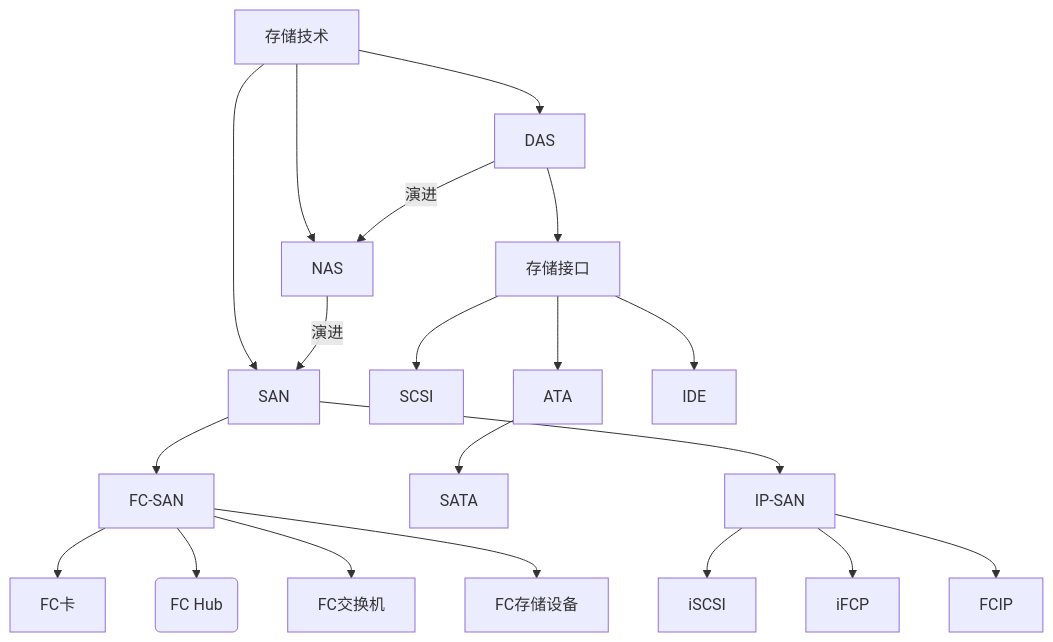
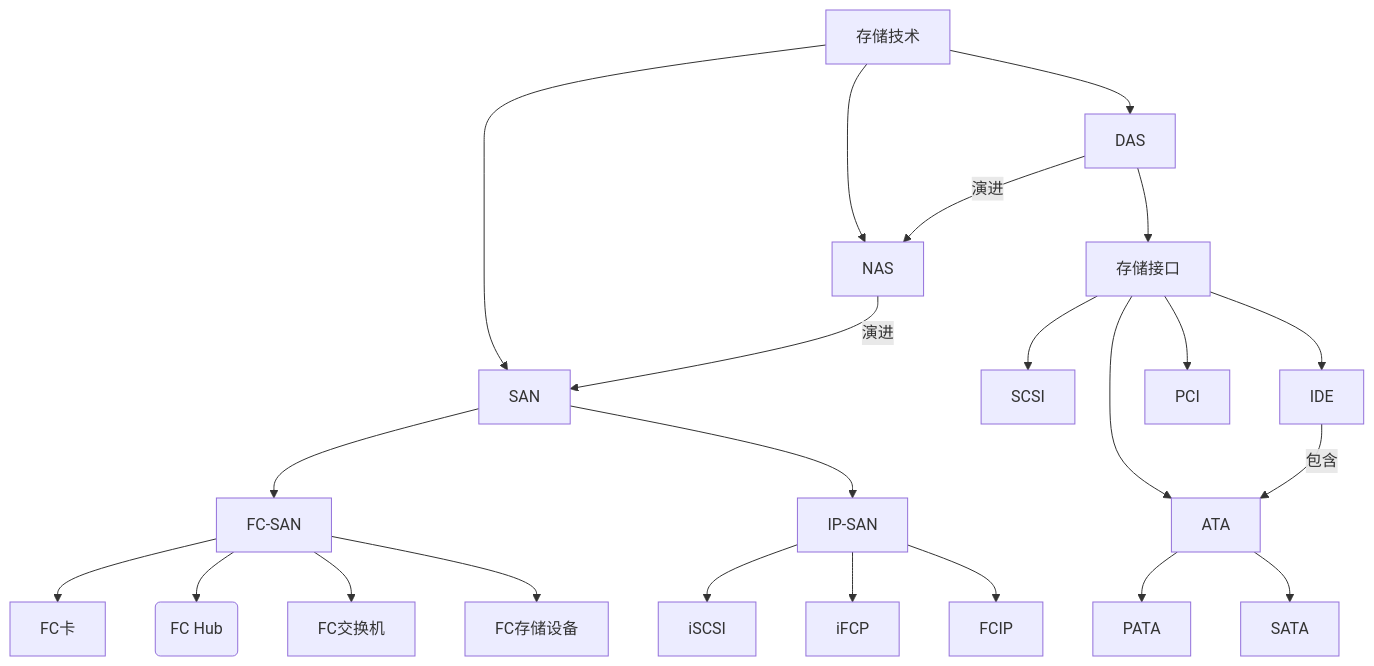
One commit to yindaheng98/My-docs changed the diagram in 学习笔记/云计算/存储技术概念.md. Above: the diagram before and after it, drawn with Mermaid. The commit also changed other lines of this file and 8 other files, not shown here.

````diff
--- a/学习笔记/云计算/存储技术概念.md
+++ b/学习笔记/云计算/存储技术概念.md
@@ -5,22 +5,25 @@
 ```mermaid
 graph TD
 存储技术-->DAS
 存储技术-->NAS
 存储技术-->SAN
 DAS-->|演进|NAS
 NAS-->|演进|SAN
 SAN-->FC-SAN
 DAS-->存储接口
 存储接口-->SCSI
+存储接口-->IDE
 存储接口-->ATA
+IDE-->|包含|ATA
+存储接口-->PCI
+ATA-->PATA
 ATA-->SATA
-存储接口-->IDE
 FC-SAN-->FC卡
 FC-SAN-->FCHub(FC Hub)
 FC-SAN-->FC交换机
 FC-SAN-->FC存储设备
 SAN-->IP-SAN
 IP-SAN-->iSCSI
 IP-SAN-->iFCP
 IP-SAN-->FCIP
 ```
````
